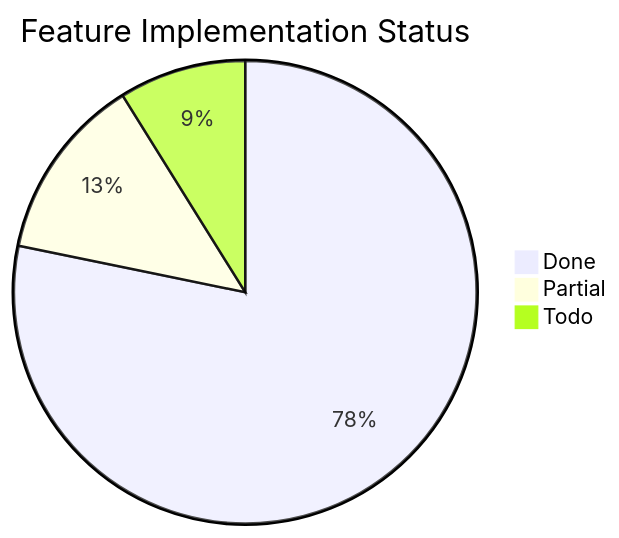
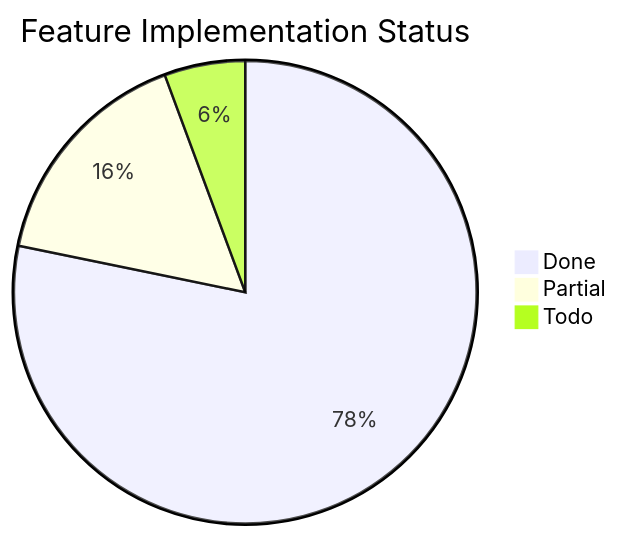
Before and after one commit to Papyrine/Morph: the third of 3 diagrams in docs/word-features.md, drawn with Mermaid. The commit also changed other lines of this file and 3 other files, not shown here.

````diff
--- a/docs/word-features.md
+++ b/docs/word-features.md
@@ -1927,6 +1939,6 @@
 ```mermaid
 pie title Feature Implementation Status
     "Done" : 97
-    "Partial" : 16
-    "Todo" : 11
+    "Partial" : 20
+    "Todo" : 7
 ```
````
